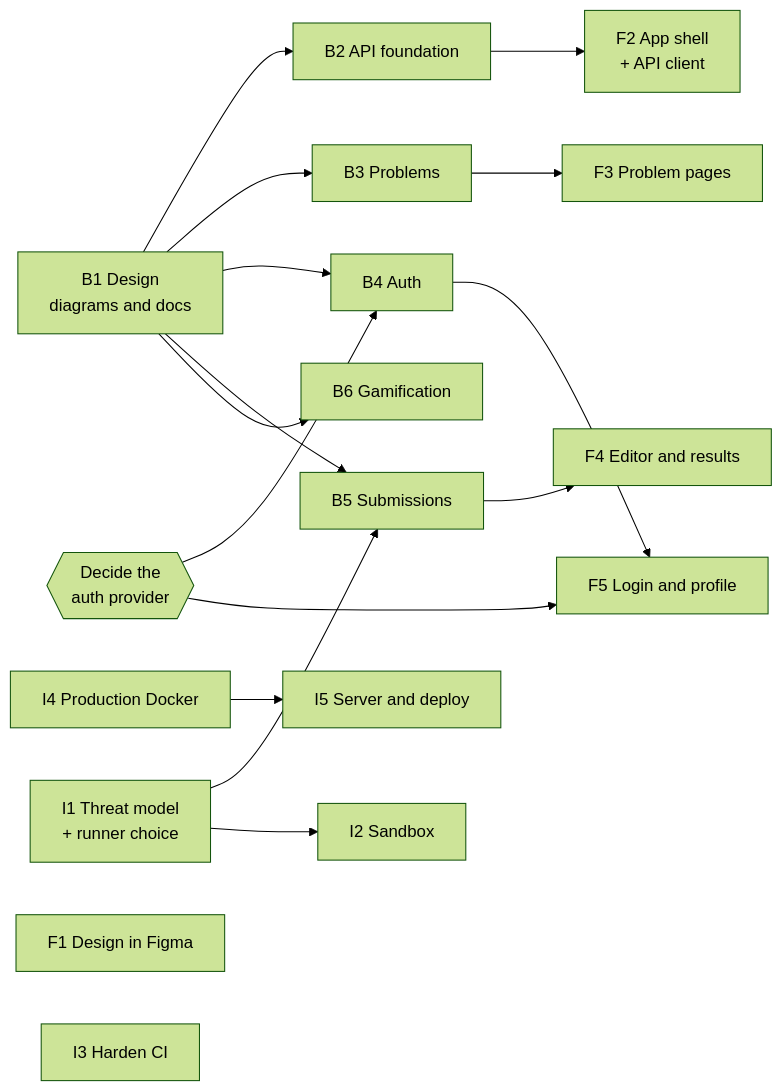
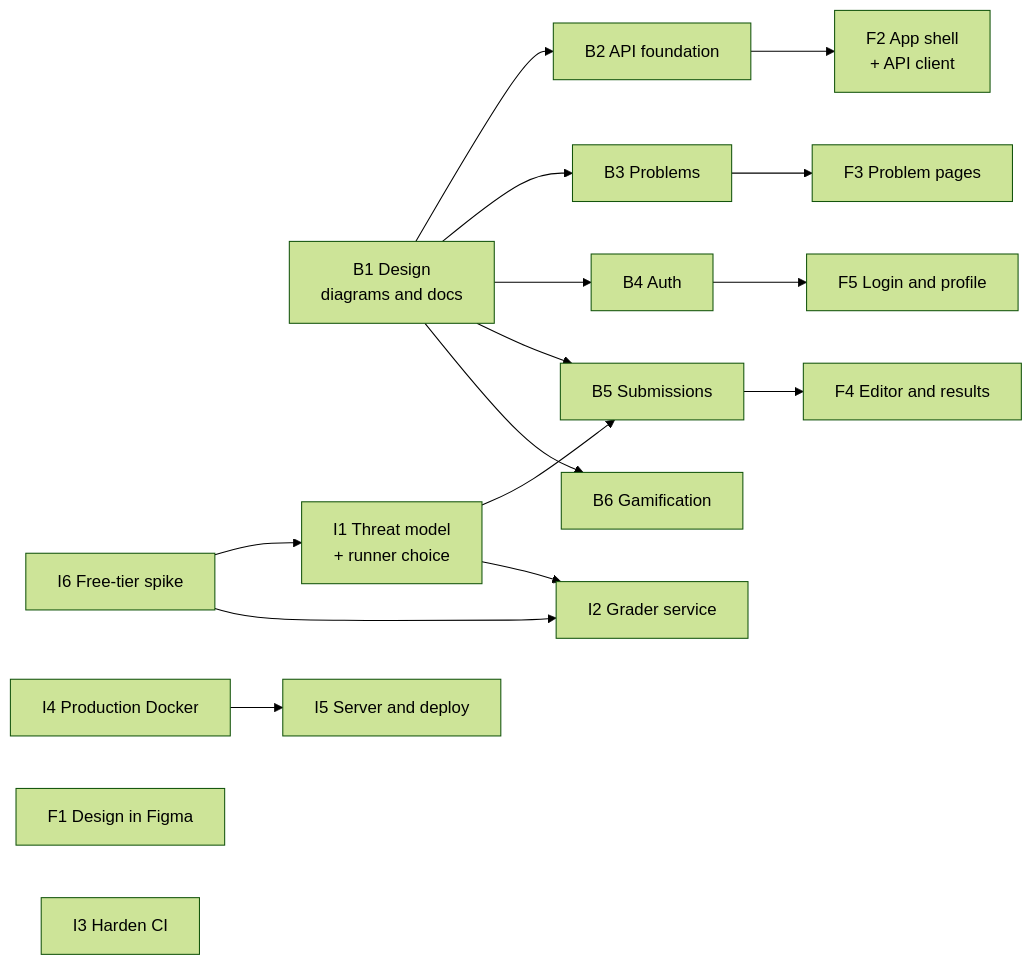
One commit to Kerolly/software_engineering_II changed the diagram in docs/roadmap.md. Above: the diagram before and after it, drawn with Mermaid (forest theme). The commit also changed other lines of this file and 10 other files, not shown here.

````diff
--- a/docs/roadmap.md
+++ b/docs/roadmap.md
@@ -13,23 +13,22 @@
 ```mermaid
 flowchart LR
     B1[B1 Design<br/>diagrams and docs] --> B2[B2 API foundation]
     B1 --> B3[B3 Problems]
     B1 --> B4[B4 Auth]
     B1 --> B5[B5 Submissions]
     B1 --> B6[B6 Gamification]
 
     B2 --> F2[F2 App shell<br/>+ API client]
     B3 --> F3[F3 Problem pages]
     B5 --> F4[F4 Editor and results]
     B4 --> F5[F5 Login and profile]
 
     I1[I1 Threat model<br/>+ runner choice] --> B5
-    I1 --> I2[I2 Sandbox]
+    I1 --> I2[I2 Grader service]
+    I6[I6 Free-tier spike] --> I1
+    I6 --> I2
     I4[I4 Production Docker] --> I5[I5 Server and deploy]
-
-    AUTH{{Decide the<br/>auth provider}} --> B4
-    AUTH --> F5
 
     F1[F1 Design in Figma]
     I3[I3 Harden CI]
 ```
````
